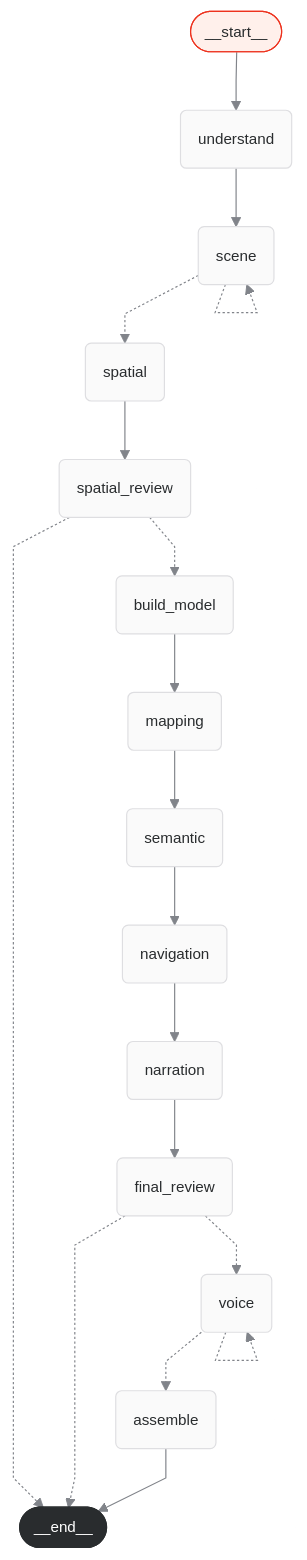
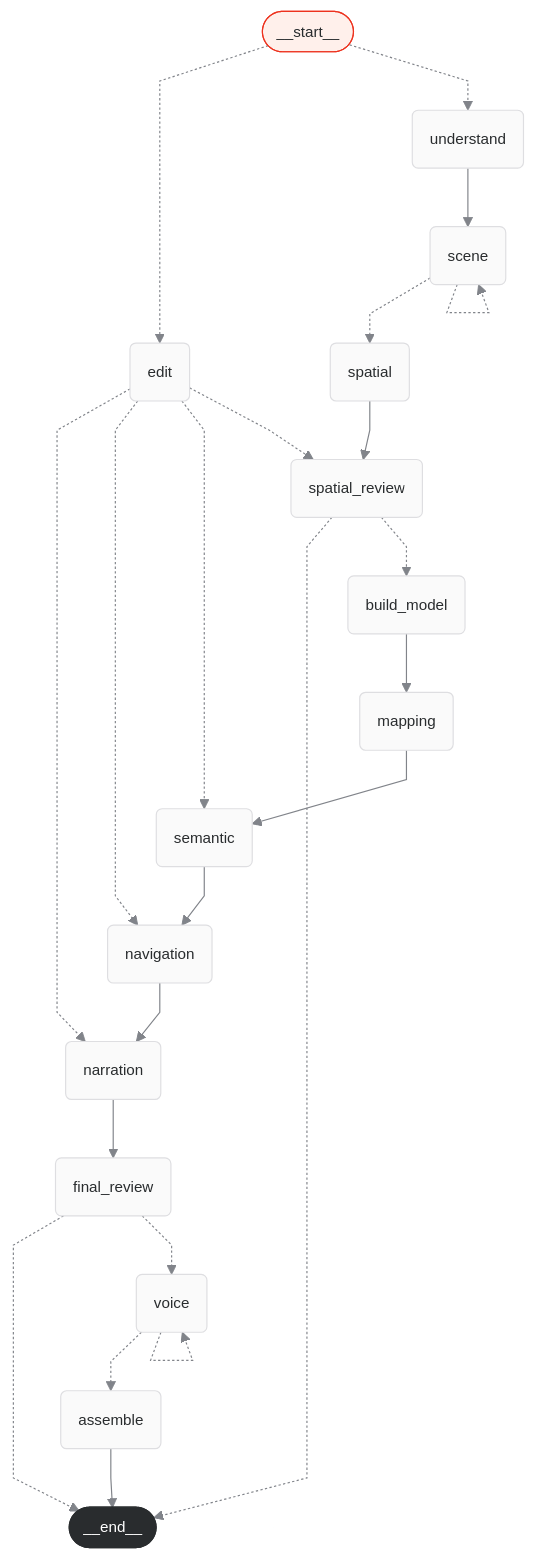
Before and after one commit to PhuocDang2104/MLIoT_Estagent_Codex: the diagram in docs/Business Workflow Langgraph/Estagent_Business_LangGraph_StateGraph.mmd, drawn with Mermaid. The commit also changed 38 other files, not shown here.

```diff
--- a/docs/Business Workflow Langgraph/Estagent_Business_LangGraph_StateGraph.mmd
+++ b/docs/Business Workflow Langgraph/Estagent_Business_LangGraph_StateGraph.mmd
@@ -1,52 +1,58 @@
 ---
 config:
   flowchart:
     curve: linear
   theme: base
   themeVariables:
     clusterBkg: '#ffffff'
     clusterBorder: '#dedee1'
     edgeLabelBackground: '#fafafa'
     fontFamily: Manrope, Arial, sans-serif
     fontSize: 13px
     lineColor: '#81848a'
     primaryColor: '#fafafa'
     primaryTextColor: '#292c2e'
     secondaryColor: '#ededed'
     tertiaryColor: '#fafafa'
 ---
 graph TD;
 	__start__([<p>__start__</p>]):::first
+	edit(edit)
 	understand(understand)
 	scene(scene)
 	spatial(spatial)
 	spatial_review(spatial_review)
 	build_model(build_model)
 	mapping(mapping)
 	semantic(semantic)
 	navigation(navigation)
 	narration(narration)
 	final_review(final_review)
 	voice(voice)
 	assemble(assemble)
 	__end__([<p>__end__</p>]):::last
-	__start__ --> understand;
 	assemble --> __end__;
 	build_model --> mapping;
 	mapping --> semantic;
 	narration --> final_review;
 	navigation --> narration;
 	semantic --> navigation;
 	spatial --> spatial_review;
 	understand --> scene;
+	__start__ -.-> edit;
+	__start__ -.-> understand;
+	edit -.-> narration;
+	edit -.-> navigation;
+	edit -.-> semantic;
+	edit -.-> spatial_review;
 	scene -.-> spatial;
 	spatial_review -.-> __end__;
 	spatial_review -.-> build_model;
 	final_review -.-> __end__;
 	final_review -.-> voice;
 	voice -.-> assemble;
 	scene -.-> scene;
 	voice -.-> voice;
 	classDef default fill:#fafafa,stroke:#dedee1,color:#292c2e
 	classDef first fill:#fff0eb,stroke:#ed321e,color:#292c2e
 	classDef last fill:#292c2e,stroke:#292c2e,color:#ffffff
```
